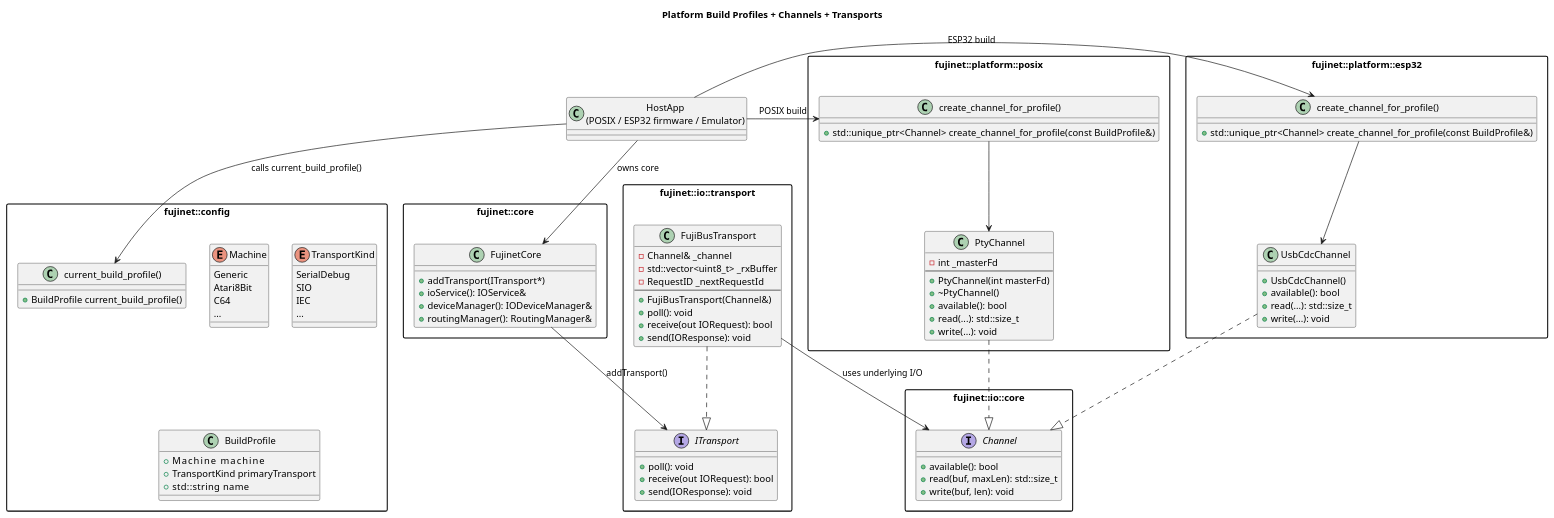
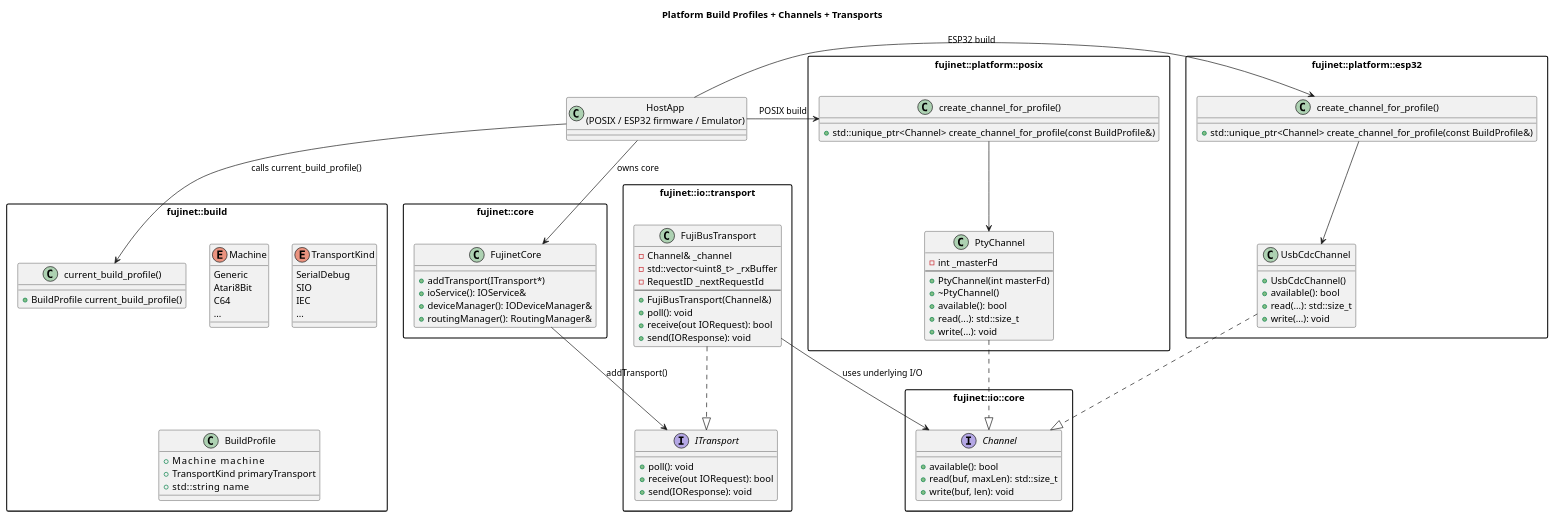
One commit to markjfisher/fujinet-nio changed the diagram in docs/arch_platform_channels.puml. Above: the diagram before and after it, drawn with PlantUML. The commit also changed 15 other files, not shown here.

Commit message:
Moved build_profile from config::build_profile to build::profile to clear config namespace

```diff
--- a/docs/arch_platform_channels.puml
+++ b/docs/arch_platform_channels.puml
@@ -1,125 +1,125 @@
 @startuml PlatformChannels
 title Platform Build Profiles + Channels + Transports
 
 skinparam packageStyle rectangle
 skinparam shadowing false
 
 ' ---------- Build Profile ----------
-package "fujinet::config" {
+package "fujinet::build" {
     enum Machine {
         Generic
         Atari8Bit
         C64
         ...
     }
 
     enum TransportKind {
         SerialDebug
         SIO
         IEC
         ...
     }
 
     class BuildProfile {
         + Machine       machine
         + TransportKind primaryTransport
         + std::string   name
     }
 
     class "current_build_profile()" as CurrentProfile {
         + BuildProfile current_build_profile()
     }
 }
 
 ' ---------- Channel Base ----------
 package "fujinet::io::core" {
     interface Channel {
         + available(): bool
         + read(buf, maxLen): std::size_t
         + write(buf, len): void
     }
 }
 
 ' ---------- POSIX Channels ----------
 package "fujinet::platform::posix" {
     class PtyChannel {
         - int _masterFd
         --
         + PtyChannel(int masterFd)
         + ~PtyChannel()
         + available(): bool
         + read(...): std::size_t
         + write(...): void
     }
 
     class "create_channel_for_profile()" as PosixFactory {
         + std::unique_ptr<Channel> create_channel_for_profile(const BuildProfile&)
     }
 
     PtyChannel ..|> Channel
 }
 
 ' ---------- ESP32 Channels ----------
 package "fujinet::platform::esp32" {
     class UsbCdcChannel {
         + UsbCdcChannel()
         + available(): bool
         + read(...): std::size_t
         + write(...): void
     }
 
     class "create_channel_for_profile()" as Esp32Factory {
         + std::unique_ptr<Channel> create_channel_for_profile(const BuildProfile&)
     }
 
     UsbCdcChannel ..|> Channel
 }
 
 ' ---------- Transports ----------
 package "fujinet::io::transport" {
     interface ITransport {
         + poll(): void
         + receive(out IORequest): bool
         + send(IOResponse): void
     }
 
     class FujiBusTransport {
         - Channel& _channel
         - std::vector<uint8_t> _rxBuffer
         - RequestID _nextRequestId
         --
         + FujiBusTransport(Channel&)
         + poll(): void
         + receive(out IORequest): bool
         + send(IOResponse): void
     }
 
     FujiBusTransport ..|> ITransport
 }
 
 ' ---------- Core ----------
 package "fujinet::core" {
     class FujinetCore {
         + addTransport(ITransport*)
         + ioService(): IOService&
         + deviceManager(): IODeviceManager&
         + routingManager(): RoutingManager&
     }
 }
 
 ' ---------- Host Application ----------
 class "HostApp\n(POSIX / ESP32 firmware / Emulator)" as Host
 
 Host --> CurrentProfile : calls current_build_profile()
 
 Host -> PosixFactory : POSIX build
 PosixFactory --> PtyChannel
 
 Host -> Esp32Factory : ESP32 build
 Esp32Factory --> UsbCdcChannel
 
 Host --> FujinetCore : owns core
 FujinetCore --> ITransport : addTransport()
 FujiBusTransport --> Channel : uses underlying I/O
 
 @enduml
```
